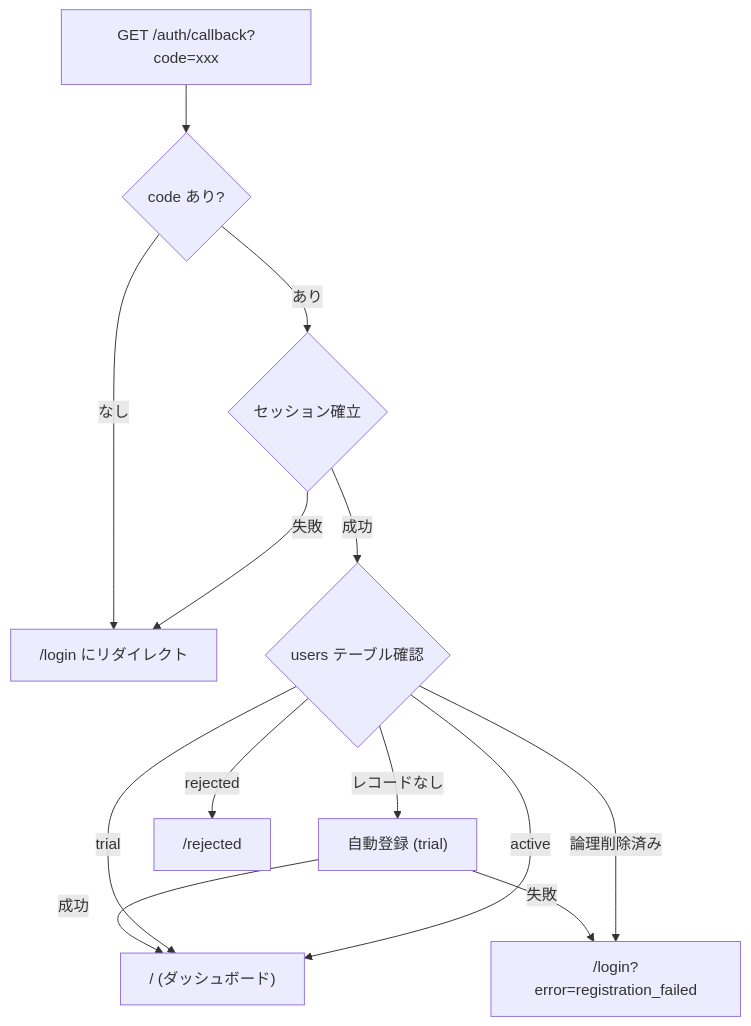
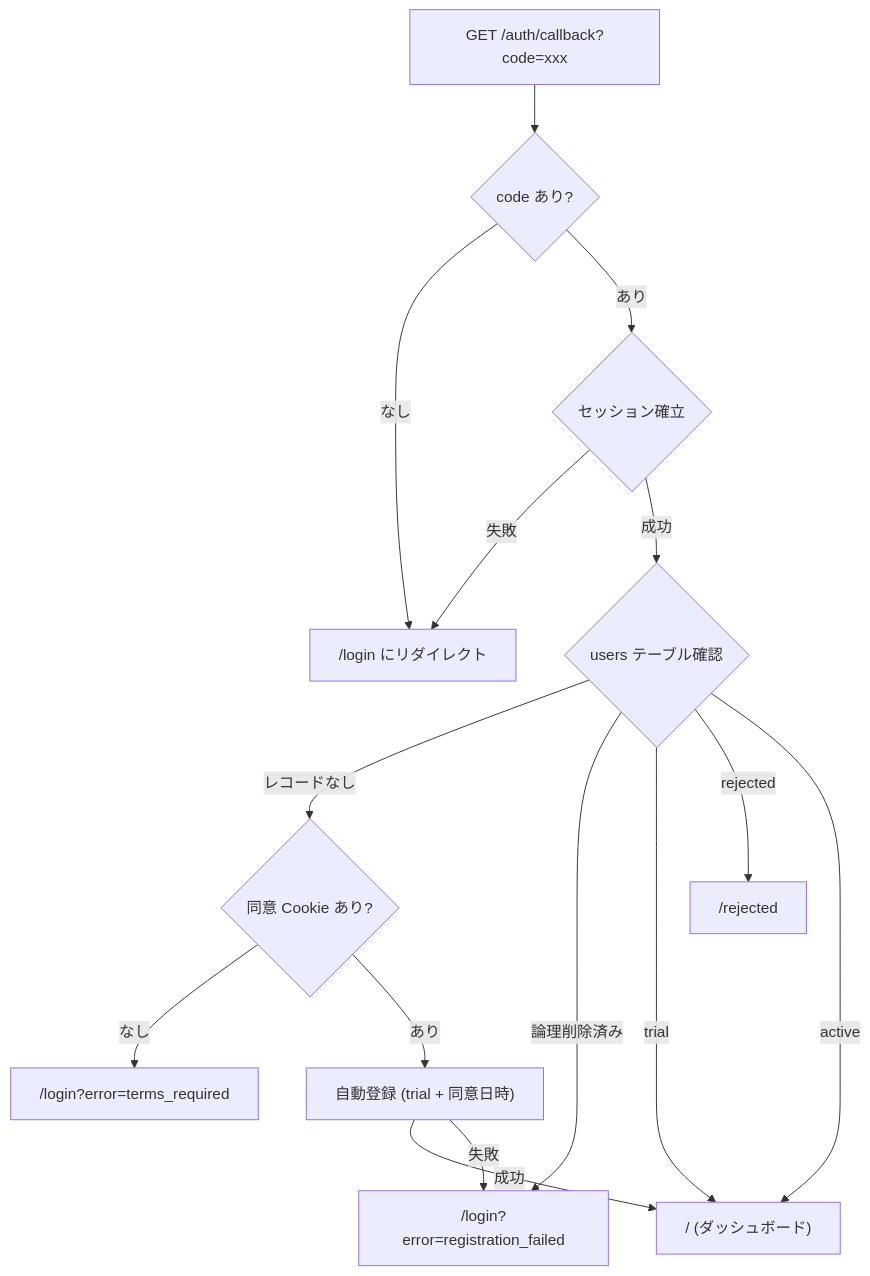
The fourth of 7 diagrams in docs/specification.md (Singuralitylabs/sinlab-study), drawn with Mermaid before and after one commit. The commit also changed other lines of this file and 10 other files, not shown here.

````diff
--- a/docs/specification.md
+++ b/docs/specification.md
@@ -125,15 +125,17 @@
 ```mermaid
 flowchart TD
     A["GET /auth/callback?code=xxx"] --> B{code あり?}
     B -->|なし| L["/login にリダイレクト"]
     B -->|あり| C{セッション確立}
     C -->|失敗| L
     C -->|成功| D{users テーブル確認}
-    D -->|レコードなし| R["自動登録 (trial)"]
+    D -->|レコードなし| T{同意 Cookie あり?}
+    T -->|なし| TE["/login?error=terms_required"]
+    T -->|あり| R["自動登録 (trial + 同意日時)"]
     R -->|成功| H
     R -->|失敗| F["/login?error=registration_failed"]
     D -->|論理削除済み| F
     D -->|trial| H
     D -->|rejected| RE["/rejected"]
     D -->|active| H["/ (ダッシュボード)"]
 ```
````
